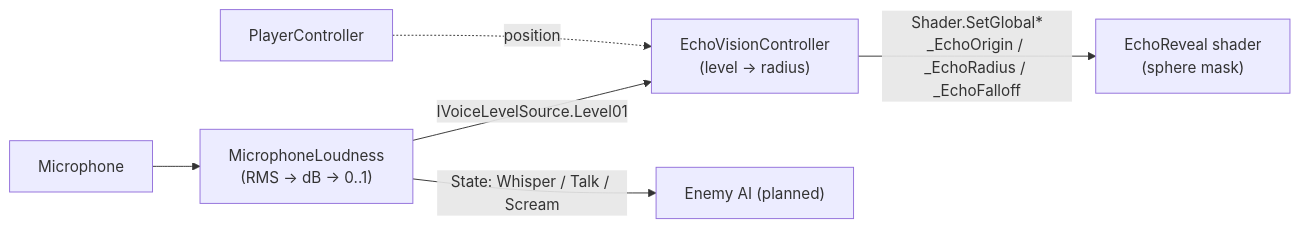
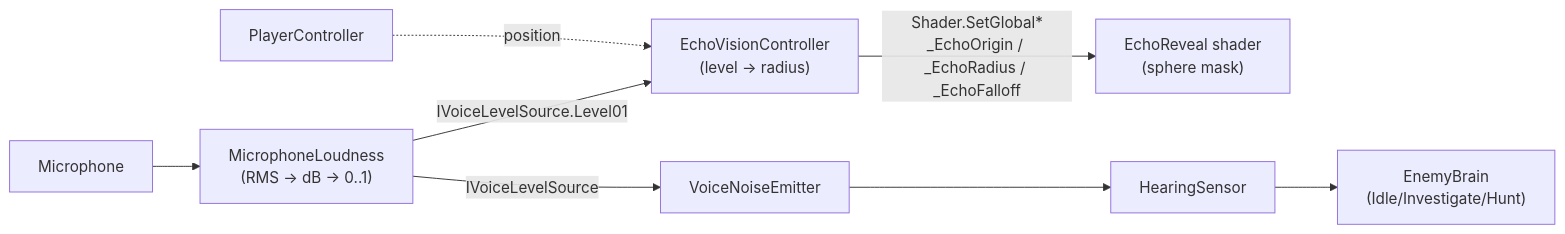
One commit to DanDavD/EchoGame changed the diagram in docs/ARCHITECTURE.md. Above: the diagram before and after it, drawn with Mermaid. The commit also changed other lines of this file and 22 other files, not shown here.

First line of the commit message:
add blind hearing AI with Idle/Investigate/Hunt states

````diff
--- a/docs/ARCHITECTURE.md
+++ b/docs/ARCHITECTURE.md
@@ -8,8 +8,8 @@
 ```mermaid
 flowchart LR
     Mic["Microphone"] --> ML["MicrophoneLoudness<br/>(RMS → dB → 0..1)"]
     ML -- "IVoiceLevelSource.Level01" --> EV["EchoVisionController<br/>(level → radius)"]
     EV -- "Shader.SetGlobal*<br/>_EchoOrigin / _EchoRadius / _EchoFalloff" --> SH["EchoReveal shader<br/>(sphere mask)"]
-    ML -- "State: Whisper / Talk / Scream" --> AI["Enemy AI (planned)"]
+    ML -- "IVoiceLevelSource" --> VNE["VoiceNoiseEmitter"] --> HS["HearingSensor"] --> AI["EnemyBrain<br/>(Idle/Investigate/Hunt)"]
     PC["PlayerController"] -. "position" .-> EV
 ```
````
